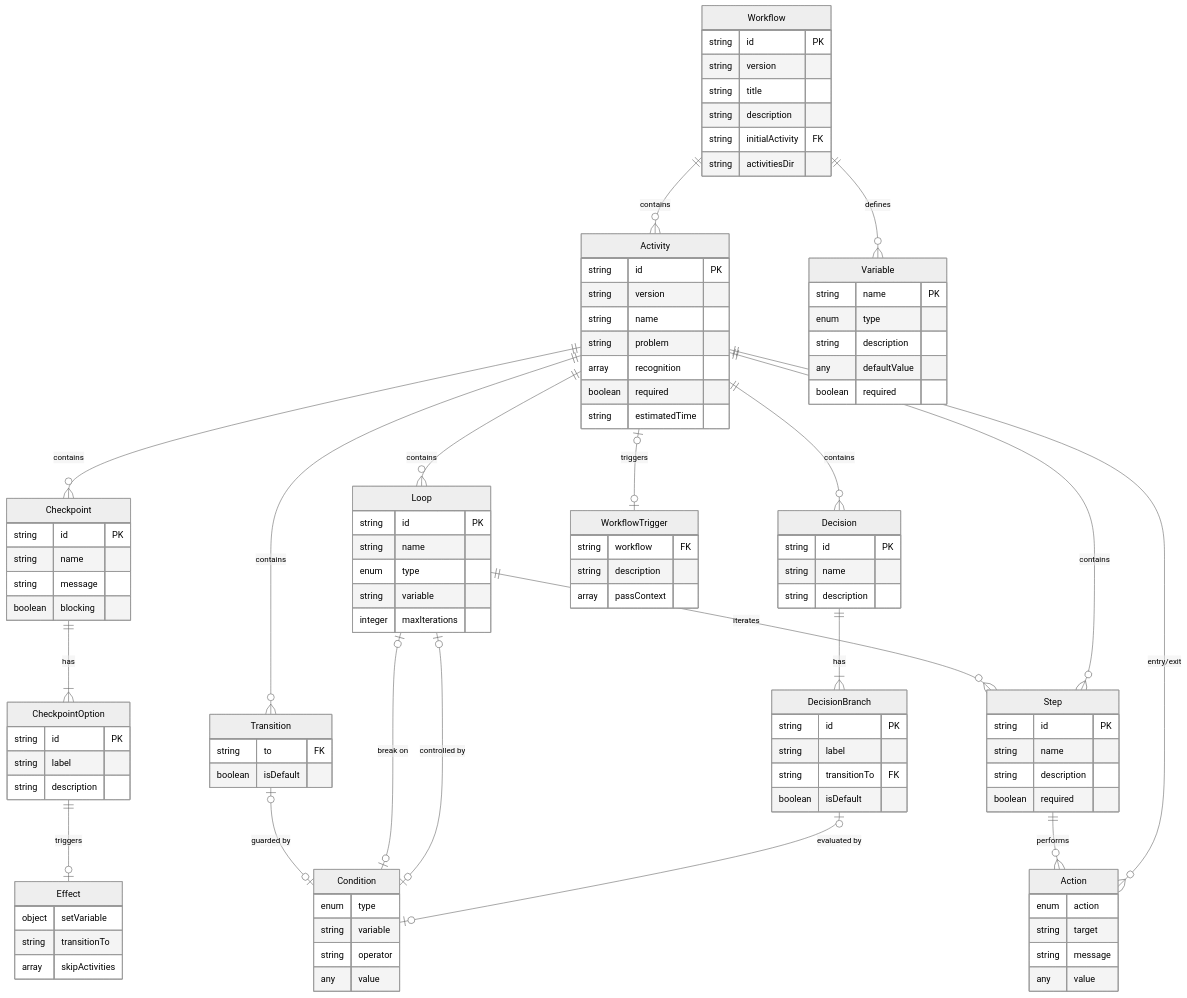
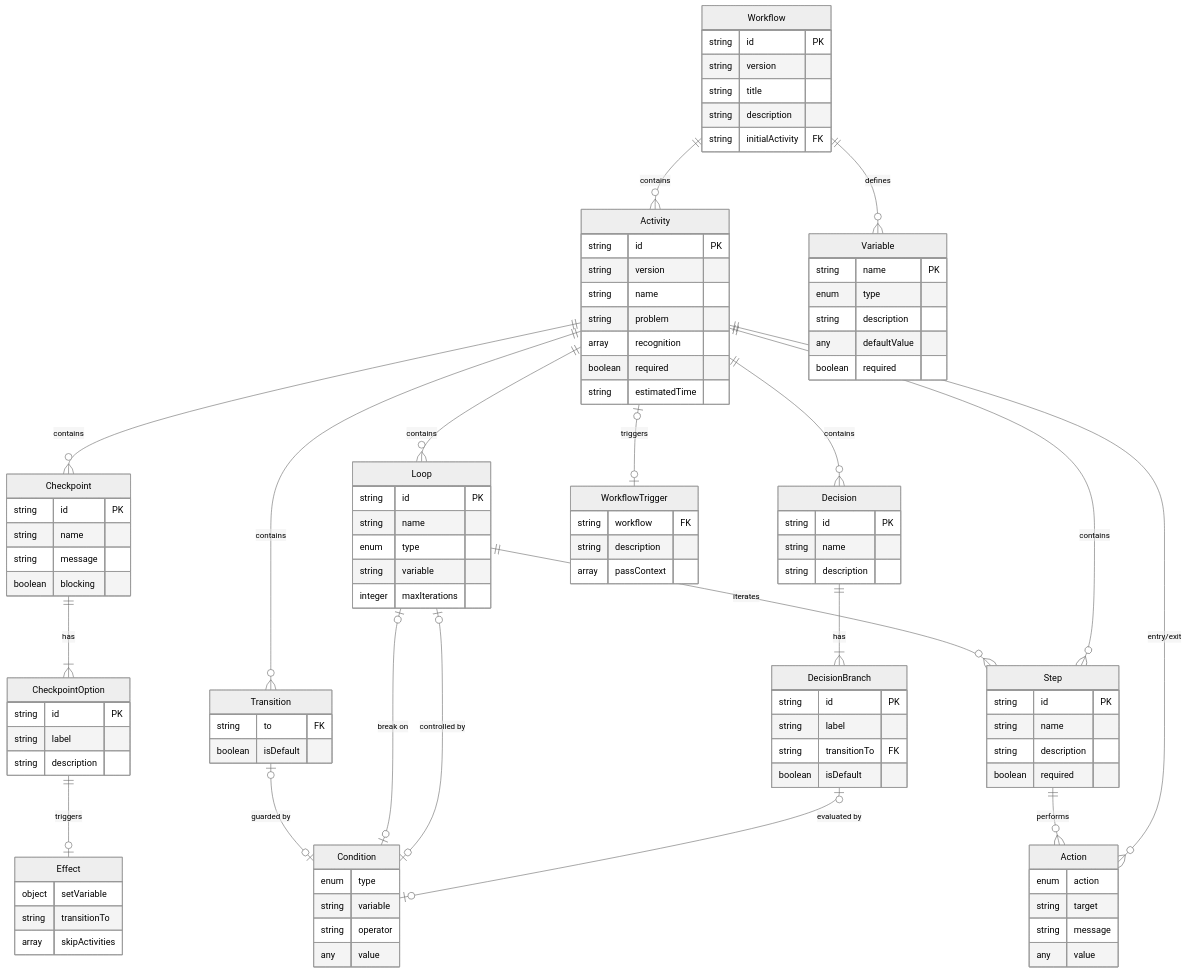
Before and after one commit to m2ux/workflow-server: the third of 3 diagrams in schemas/README.md, drawn with Mermaid (neutral theme).

```diff
--- a/schemas/README.md
+++ b/schemas/README.md
@@ -140,7 +140,6 @@
         string title
         string description
         string initialActivity FK
-        string activitiesDir
     }
     
     Activity {
```
